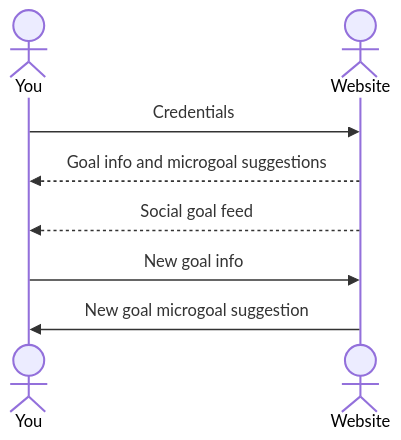
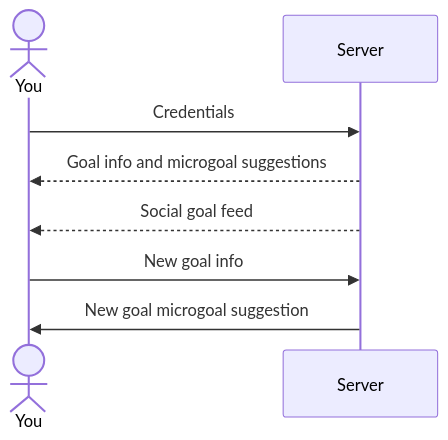
The first of 2 diagrams in README.md (lingbend/startup), drawn with Mermaid before and after one commit. The commit also changed other lines of this file and 2 other files, not shown here.

````diff
--- a/README.md
+++ b/README.md
@@ -43,10 +48,9 @@
 ```mermaid
 sequenceDiagram
     actor You
-    actor Website
-    You->>Website: Credentials
-    Website-->>You: Goal info and microgoal suggestions
-    Website-->>You: Social goal feed
-    You->>Website: New goal info
-    Website->>You: New goal microgoal suggestion
+    You->>Server: Credentials
+    Server-->>You: Goal info and microgoal suggestions
+    Server-->>You: Social goal feed
+    You->>Server: New goal info
+    Server->>You: New goal microgoal suggestion
 ```
````
